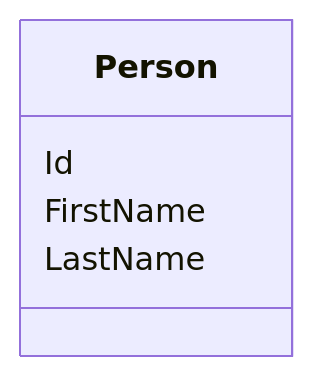
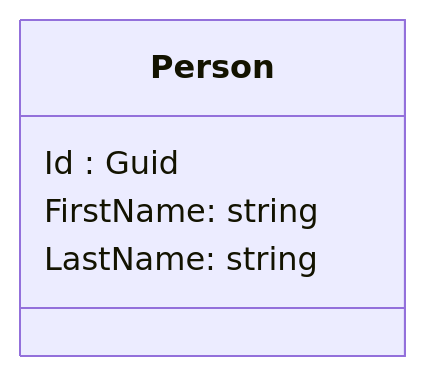
The second of 4 diagrams in WebApiFundamentals/CityInfo.Api/test.md (zeng-dong/SixingAround), drawn with Mermaid before and after one commit. The commit also changed other lines of this file, not shown here.

````diff
--- a/WebApiFundamentals/CityInfo.Api/test.md
+++ b/WebApiFundamentals/CityInfo.Api/test.md
@@ -17,8 +17,8 @@
 ```mermaid
 classDiagram
 	class Person{
-		Id
-		FirstName
-		LastName
+		Id : Guid
+		FirstName: string
+		LastName: string
 	}
 ```
````
